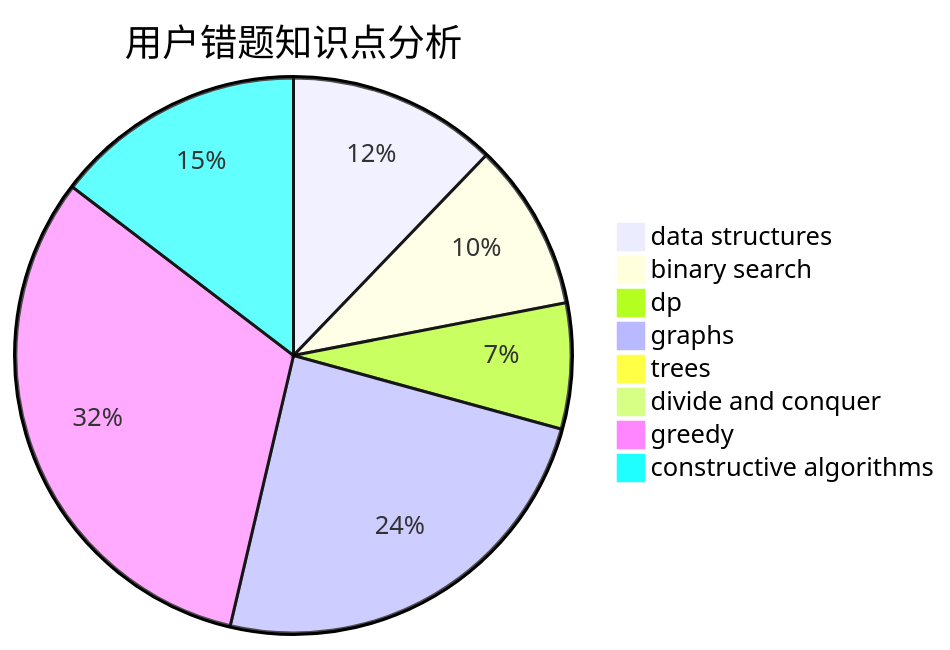
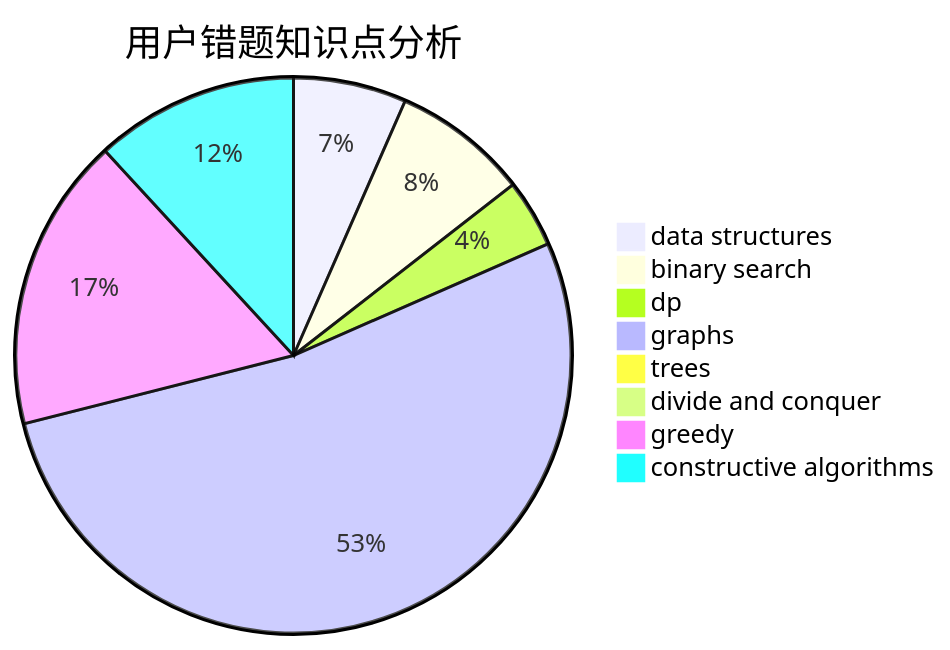
The third of 3 diagrams in docs/user/u1470.md (sherpahu/cfrs.github.io), drawn with Mermaid before and after one commit. The commit also changed other lines of this file and 2770 other files, not shown here.

````diff
--- a/docs/user/u1470.md
+++ b/docs/user/u1470.md
@@ -36,11 +36,11 @@
 ```mermaid
 pie title 用户错题知识点分析
     "data structures" :  5
-    "binary search" :  4
+    "binary search" :  6
     "dp" :  3
-    "graphs" :  10
+    "graphs" :  40
     "trees" :  0
     "divide and conquer" :  0
     "greedy" :  13
-    "constructive algorithms" :  6
+    "constructive algorithms" :  9
 ```
````
